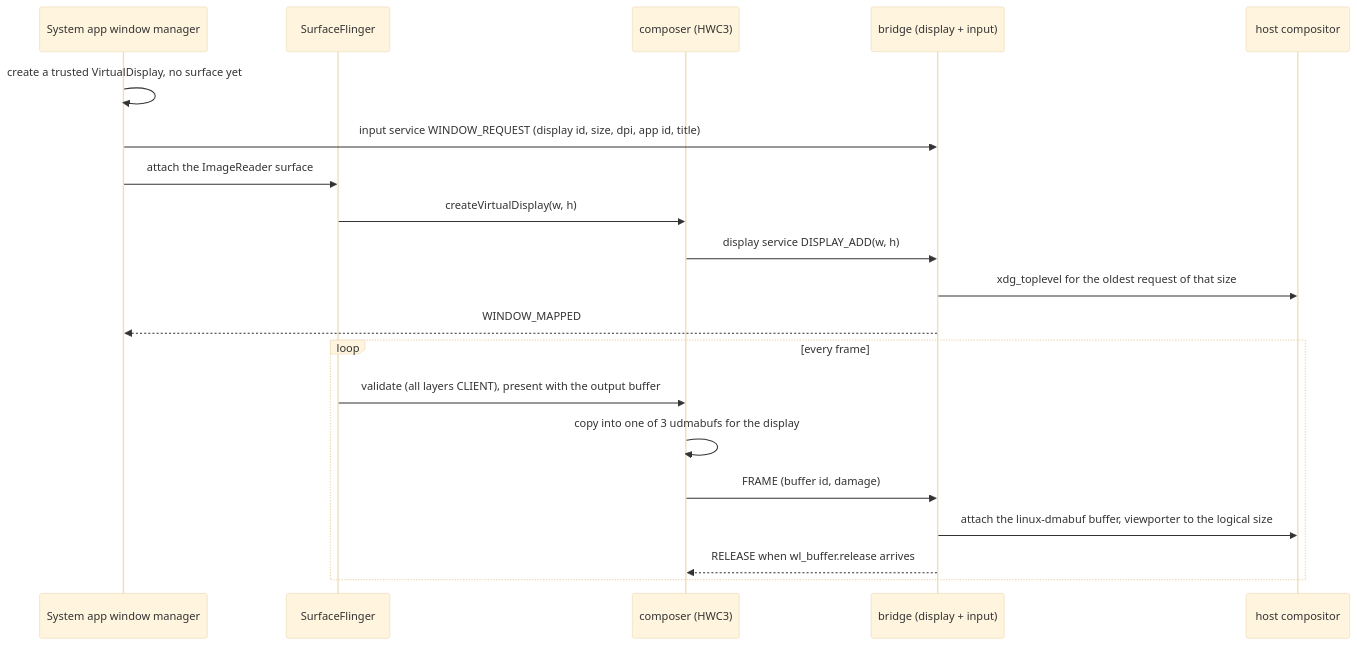
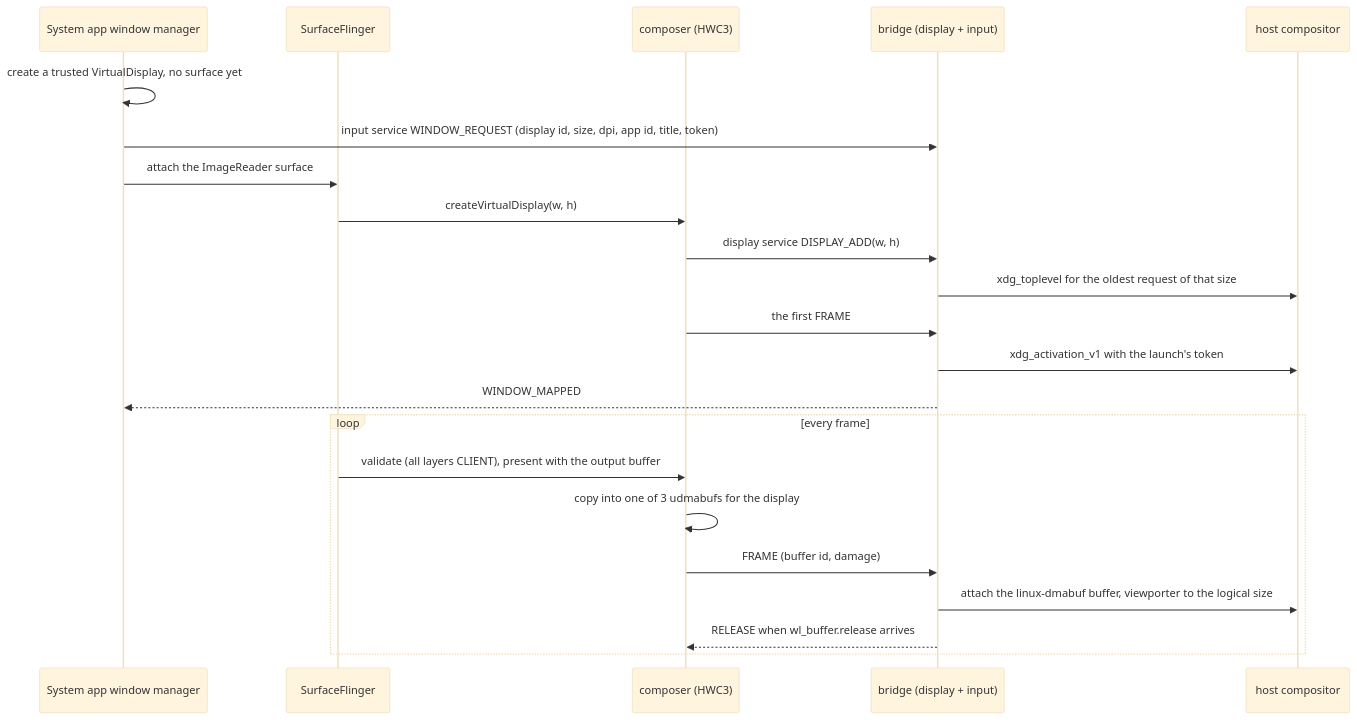
The first of 2 diagrams in docs/display.md (sargunv/innkeeper), drawn with Mermaid (base theme) before and after one commit. The commit also changed other lines of this file and 20 other files, not shown here.

First line of the commit message:
launch: a splash window at once on a cold start, and activation tokens through to the app's window (#9)

````diff
--- a/docs/display.md
+++ b/docs/display.md
@@ -11,22 +11,24 @@
 ```mermaid
 sequenceDiagram
   participant WM as System app window manager
   participant SF as SurfaceFlinger
   participant HWC as composer (HWC3)
   participant BR as bridge (display + input)
   participant WL as host compositor
   WM->>WM: create a trusted VirtualDisplay, no surface yet
-  WM->>BR: input service WINDOW_REQUEST (display id, size, dpi, app id, title)
+  WM->>BR: input service WINDOW_REQUEST (display id, size, dpi, app id, title, token)
   WM->>SF: attach the ImageReader surface
   SF->>HWC: createVirtualDisplay(w, h)
   HWC->>BR: display service DISPLAY_ADD(w, h)
   BR->>WL: xdg_toplevel for the oldest request of that size
+  HWC->>BR: the first FRAME
+  BR->>WL: xdg_activation_v1 with the launch's token
   BR-->>WM: WINDOW_MAPPED
   loop every frame
     SF->>HWC: validate (all layers CLIENT), present with the output buffer
     HWC->>HWC: copy into one of 3 udmabufs for the display
     HWC->>BR: FRAME (buffer id, damage)
     BR->>WL: attach the linux-dmabuf buffer, viewporter to the logical size
     BR-->>HWC: RELEASE when wl_buffer.release arrives
   end
 ```
````
